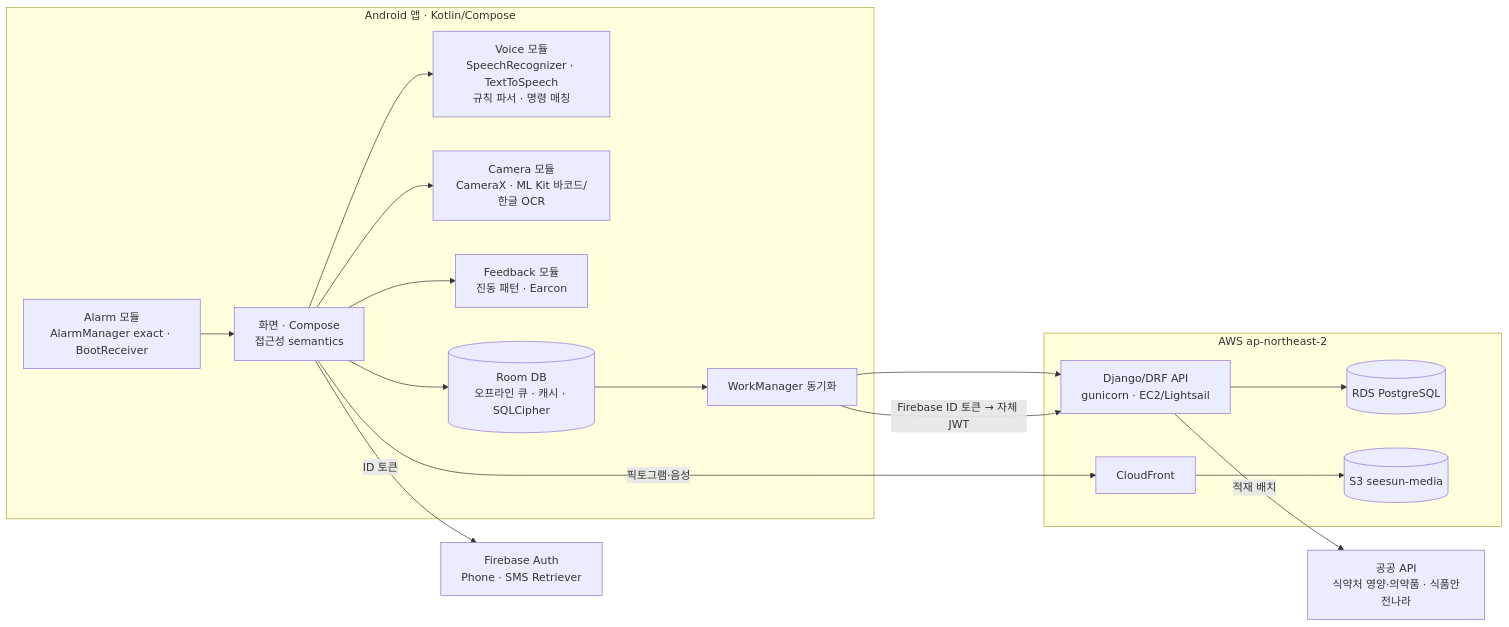
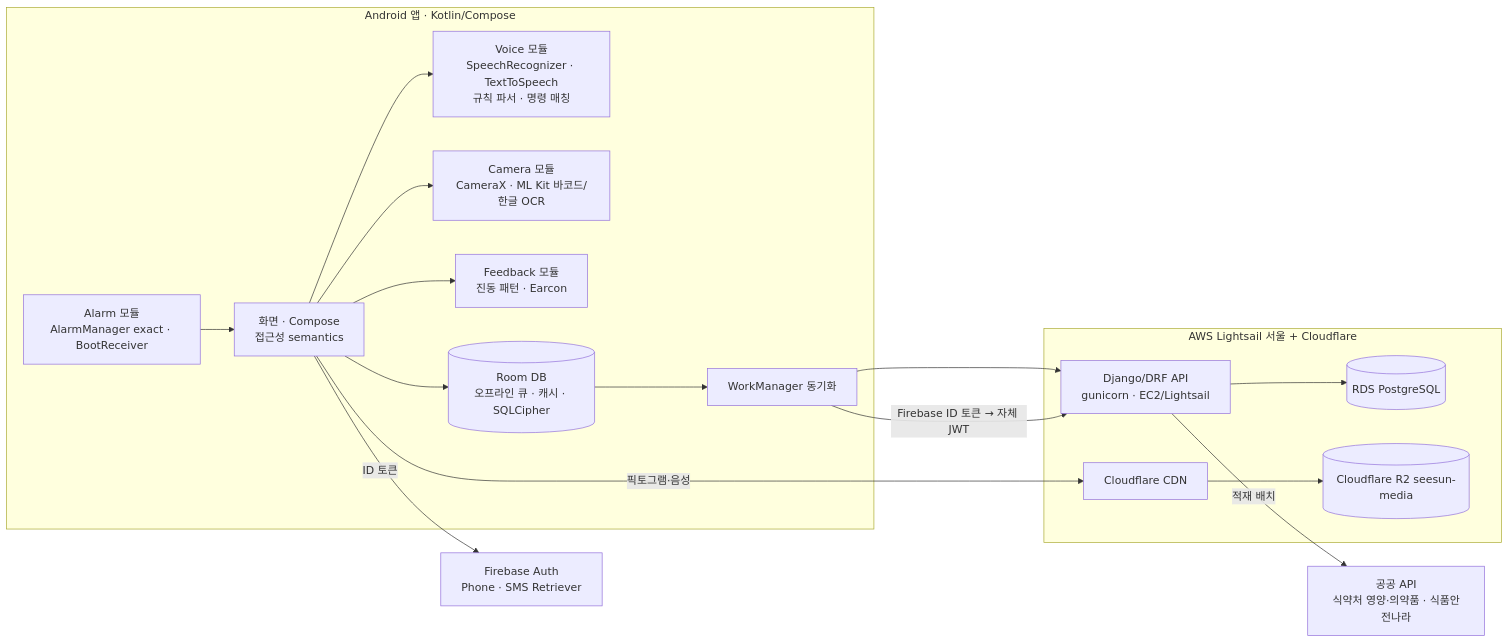
The first of 2 diagrams in docs/design/03_아키텍처_설계.md (SeeSun-YS-SSAFY/See-Sun), drawn with Mermaid before and after one commit. The commit also changed other lines of this file and 8 other files, not shown here.

````diff
--- a/docs/design/03_아키텍처_설계.md
+++ b/docs/design/03_아키텍처_설계.md
@@ -8,30 +8,30 @@
 ```mermaid
 flowchart LR
   subgraph Device[Android 앱 · Kotlin/Compose]
     UI[화면 · Compose<br/>접근성 semantics]
     VO[Voice 모듈<br/>SpeechRecognizer · TextToSpeech<br/>규칙 파서 · 명령 매칭]
     CAM[Camera 모듈<br/>CameraX · ML Kit 바코드/한글 OCR]
     FB[Feedback 모듈<br/>진동 패턴 · Earcon]
     DB[(Room DB<br/>오프라인 큐 · 캐시 · SQLCipher)]
     ALM[Alarm 모듈<br/>AlarmManager exact · BootReceiver]
     SYNC[WorkManager 동기화]
   end
-  subgraph Cloud[AWS ap-northeast-2]
+  subgraph Cloud[AWS Lightsail 서울 + Cloudflare]
     API[Django/DRF API<br/>gunicorn · EC2/Lightsail]
     PG[(RDS PostgreSQL)]
-    S3[(S3 seesun-media)]
-    CF[CloudFront]
+    R2[(Cloudflare R2 seesun-media)]
+    CF[Cloudflare CDN]
   end
   FBA[Firebase Auth<br/>Phone · SMS Retriever]
   PUB[공공 API<br/>식약처 영양·의약품 · 식품안전나라]
 
   UI --> VO & CAM & FB
   UI --> DB --> SYNC --> API
   ALM --> UI
   UI -- ID 토큰 --> FBA
   SYNC -- Firebase ID 토큰 → 자체 JWT --> API
   API --> PG
   API -- 적재 배치 --> PUB
-  CF --> S3
+  CF --> R2
   UI -- 픽토그램·음성 --> CF
 ```
````
